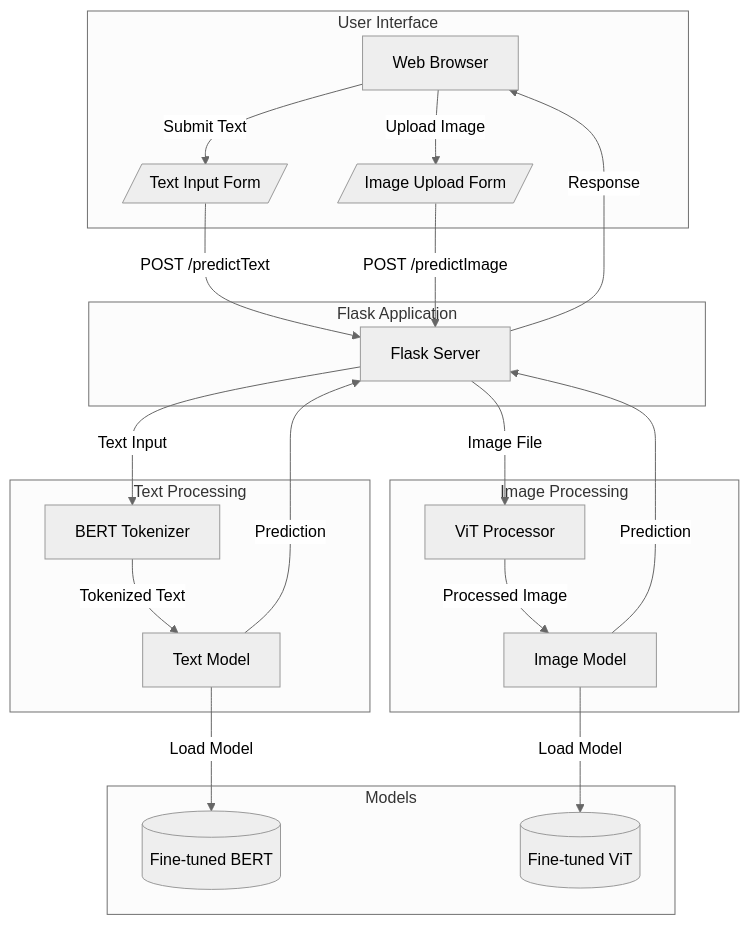
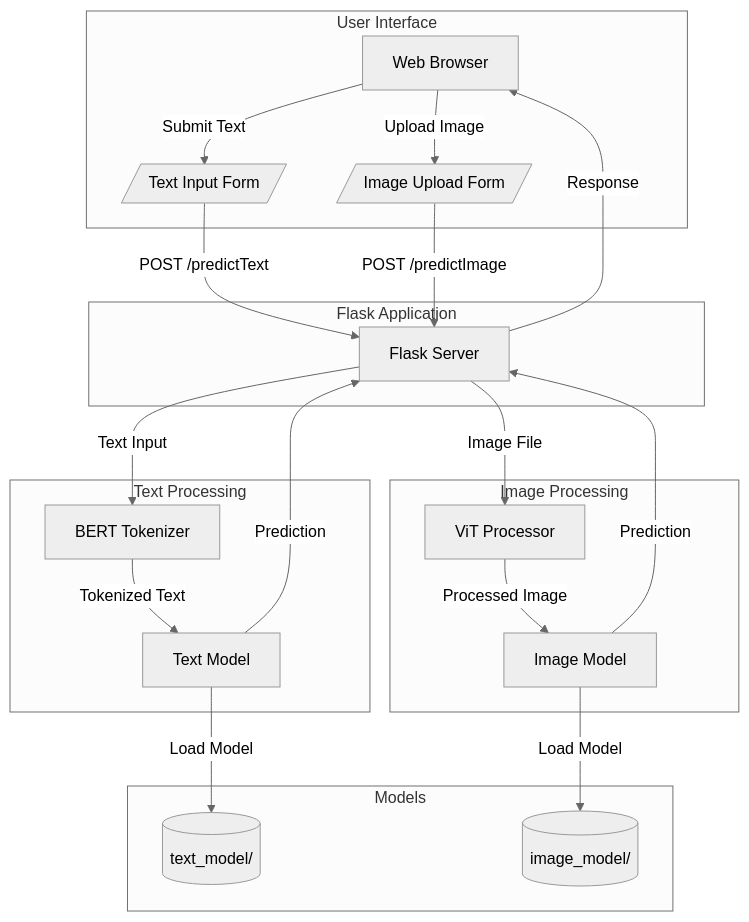
One commit to AlvinaSaxena/AI-Detection changed the diagram in README.md. Above: the diagram before and after it, drawn with Mermaid (neutral theme). The commit also changed other lines of this file, not shown here.

````diff
--- a/README.md
+++ b/README.md
@@ -14,39 +14,39 @@
 ```mermaid
 flowchart TD
     subgraph User Interface
         A[Web Browser]
         A -->|Submit Text| B[/Text Input Form/]
         A -->|Upload Image| C[/Image Upload Form/]
     end
 
     subgraph Flask Application
         D[Flask Server]
         B -->|POST /predictText| D
         C -->|POST /predictImage| D
     end
 
     subgraph Text Processing
         E[Text Model]
         F[BERT Tokenizer]
         D -->|Text Input| F
         F -->|Tokenized Text| E
         E -->|Prediction| D
     end
 
     subgraph Image Processing
         G[Image Model]
         H[ViT Processor]
         D -->|Image File| H
         H -->|Processed Image| G
         G -->|Prediction| D
     end
 
     subgraph Models
-        I[(Fine-tuned BERT)]
-        J[(Fine-tuned ViT)]
+        I[(text_model/)]
+        J[(image_model/)]
         E -->|Load Model| I
         G -->|Load Model| J
     end
 
     D -->|Response| A
 ```
````
